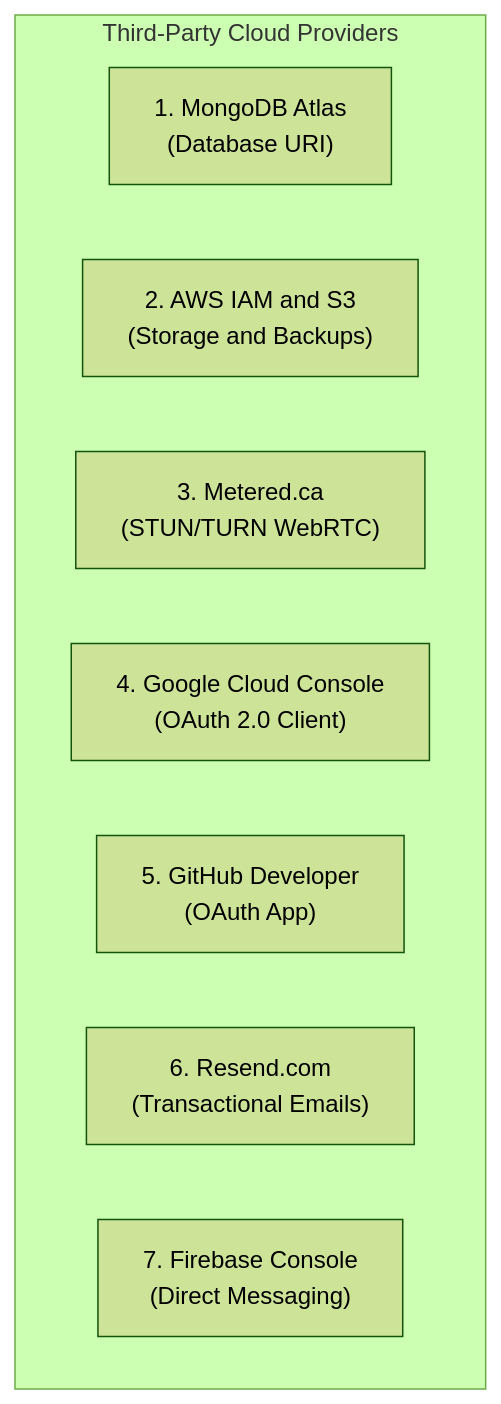
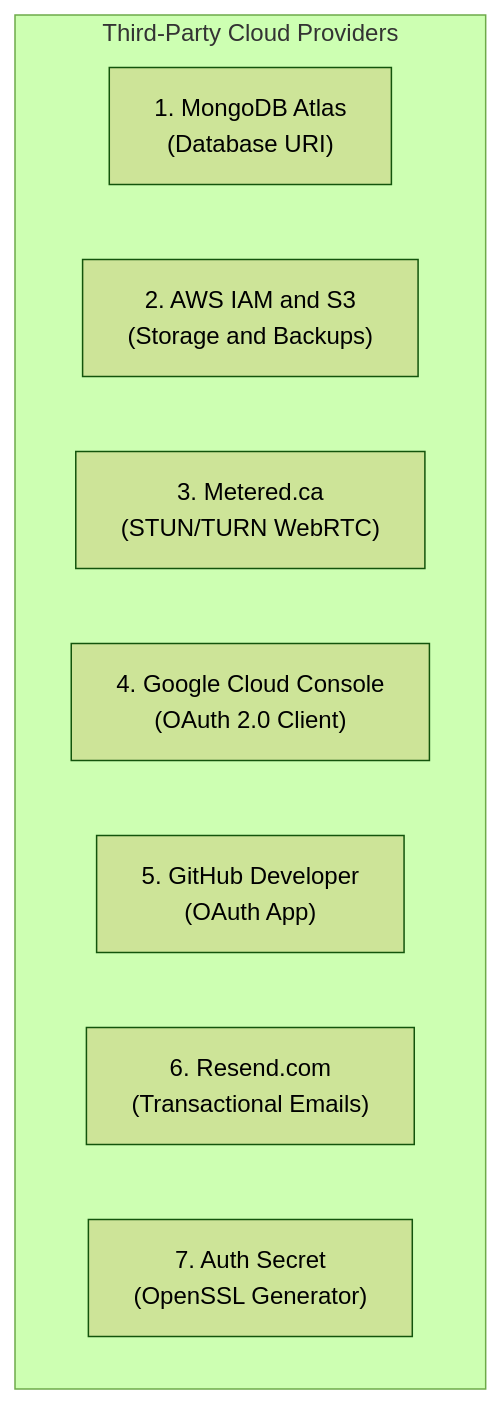
Before and after one commit to bips241/nerdshive: the third of 4 diagrams in docs/INFRASTRUCTURE_ROLLOUT_AND_SCALING_BIBLE.md, drawn with Mermaid (forest theme). The commit also changed other lines of this file and 12 other files, not shown here.

Commit message:
refactor: remove legacy Firebase direct messaging implementation and associated components

````diff
--- a/docs/INFRASTRUCTURE_ROLLOUT_AND_SCALING_BIBLE.md
+++ b/docs/INFRASTRUCTURE_ROLLOUT_AND_SCALING_BIBLE.md
@@ -381,12 +381,12 @@
 ```mermaid
 flowchart TD
     subgraph Providers ["Third-Party Cloud Providers"]
         Atlas["1. MongoDB Atlas\n(Database URI)"]
         AWS["2. AWS IAM and S3\n(Storage and Backups)"]
         Metered["3. Metered.ca\n(STUN/TURN WebRTC)"]
         Google["4. Google Cloud Console\n(OAuth 2.0 Client)"]
         GitHub["5. GitHub Developer\n(OAuth App)"]
         Resend["6. Resend.com\n(Transactional Emails)"]
-        Firebase["7. Firebase Console\n(Direct Messaging)"]
+        NextAuth["7. Auth Secret\n(OpenSSL Generator)"]
     end
 ```
````
